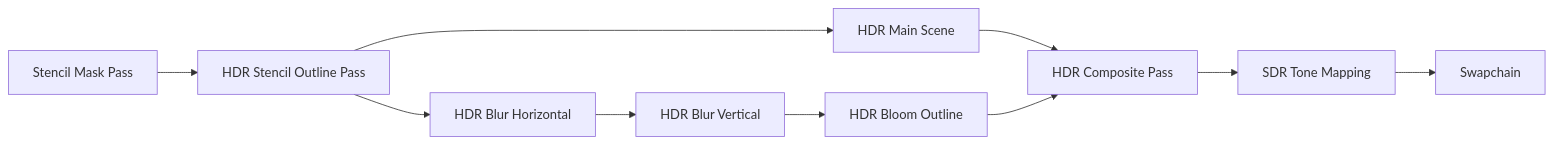
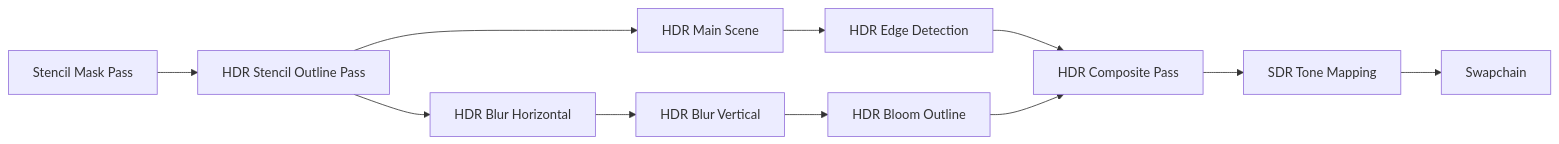
One commit to N3xus8/Glow changed the diagram in README.md. Above: the diagram before and after it, drawn with Mermaid. The commit also changed 12 other files, not shown here.

````diff
--- a/README.md
+++ b/README.md
@@ -32,20 +32,21 @@
 ```mermaid
 graph LR
     A[Stencil Mask Pass] --> B[HDR Stencil Outline Pass]
 
     %% Branch 1: Main Scene
     B --> C[HDR Main Scene]
+    C --> D[HDR Edge Detection]
 
     %% Branch 2: Bloom Outline
-    B --> D[HDR Blur Horizontal]
-    D --> E[HDR Blur Vertical]
-    E --> F[HDR Bloom Outline]
+    B --> E[HDR Blur Horizontal]
+    E --> F[HDR Blur Vertical]
+    F --> G[HDR Bloom Outline]
 
     %% Recombine
-    C --> G[HDR Composite Pass]
-    F --> G
+    D --> I[HDR Composite Pass]
+    G --> I
 
     %% Final passes
-    G --> H[SDR Tone Mapping]
-    H --> I[Swapchain]
+    I --> J[SDR Tone Mapping]
+    J --> K[Swapchain]
 ```
````
